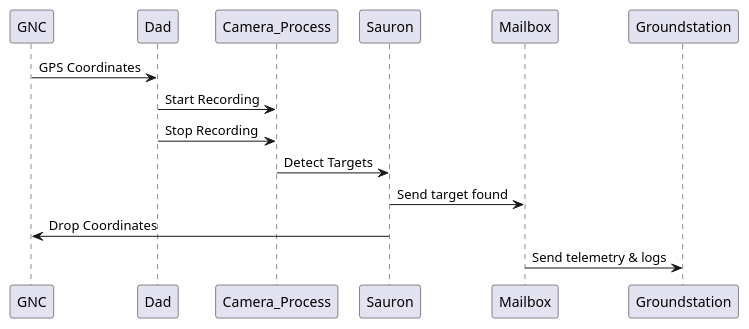
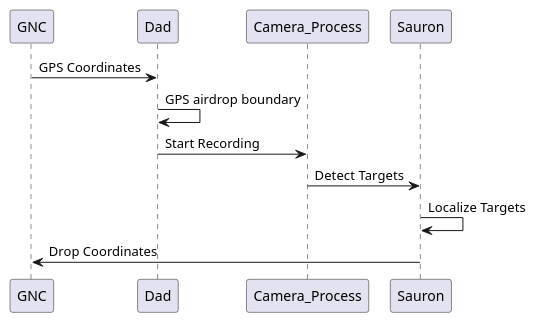
The second of 3 diagrams in docs/index.md (PurdueAerialRoboticsTeam/feonix-docs), drawn with PlantUML before and after one commit. The commit also changed other lines of this file, not shown here.

Commit message:
made sequence diagrams chronological

````diff
--- a/docs/index.md
+++ b/docs/index.md
@@ -88,19 +88,16 @@
 ```plantuml
 @startuml
 
 participant GNC
 participant Dad
 participant Camera_Process
 participant Sauron
-participant Mailbox
-participant Groundstation
 
 GNC -> Dad: GPS Coordinates
+Dad -> Dad: GPS airdrop boundary
 Dad -> Camera_Process: Start Recording
-Dad -> Camera_Process: Stop Recording
 Camera_Process -> Sauron: Detect Targets
-Sauron -> Mailbox: Send target found
+Sauron -> Sauron: Localize Targets
 GNC <- Sauron: Drop Coordinates
-Mailbox -> Groundstation: Send telemetry & logs
 @enduml
 ```
````
